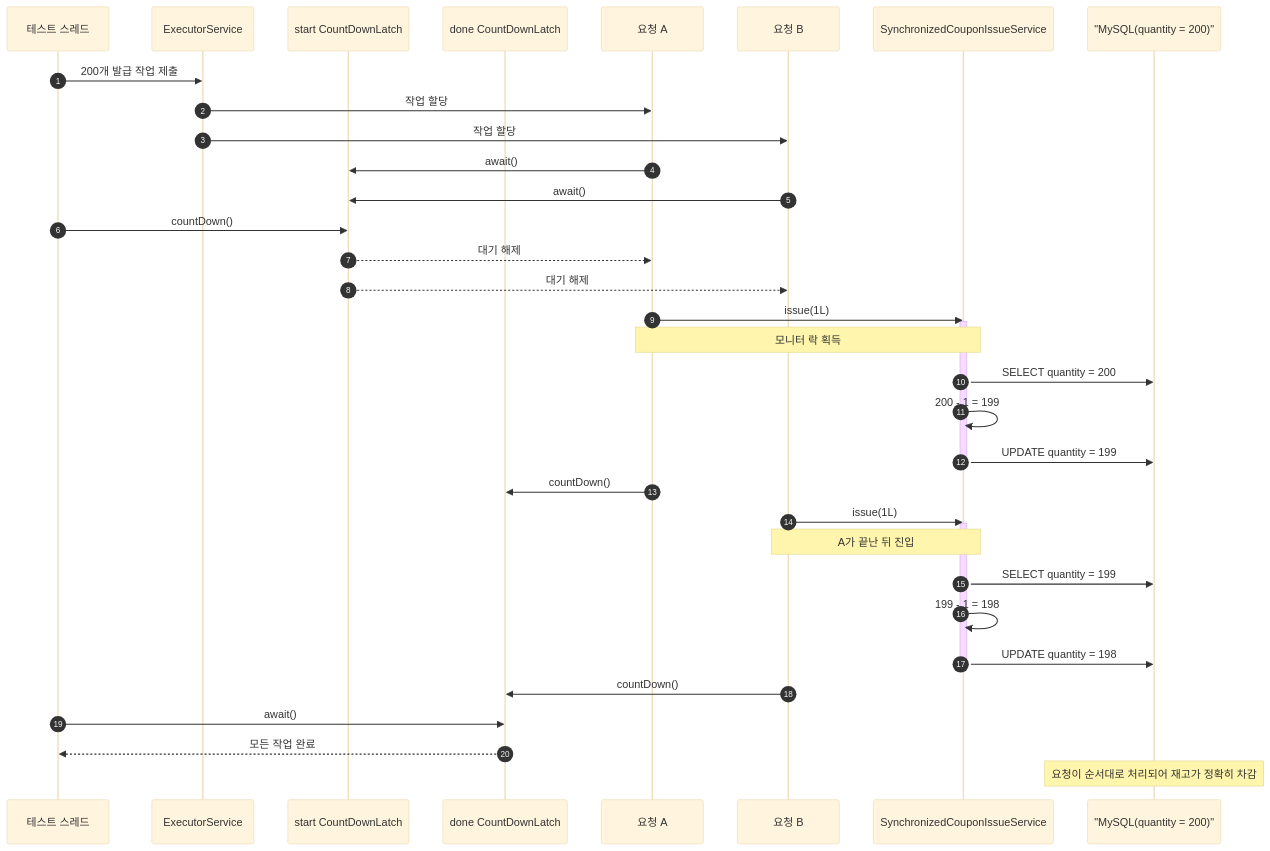
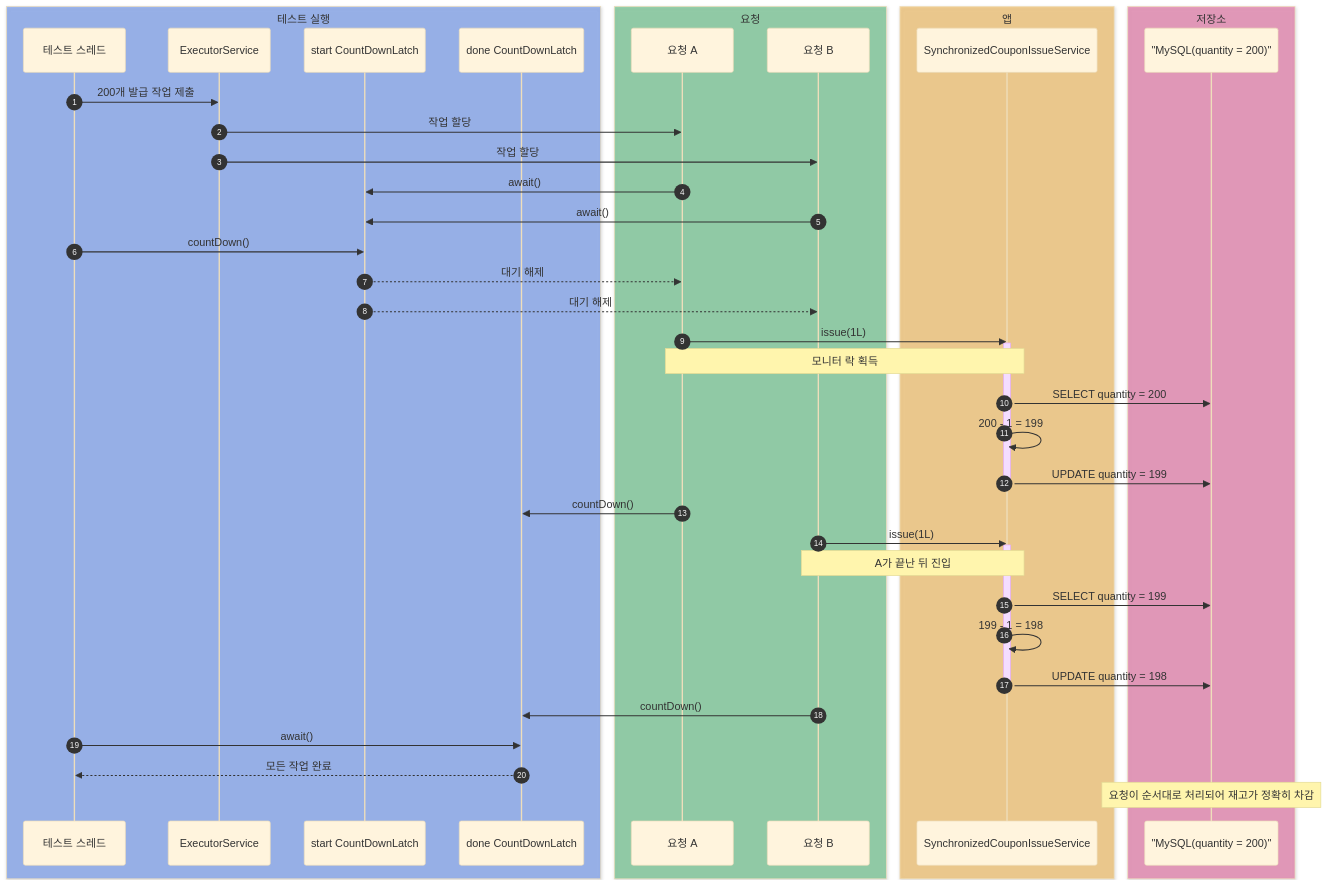
The second of 9 diagrams in labs/coupon-issue/README.md (HJC96/deep-dive), drawn with Mermaid (base theme) before and after one commit. The commit also changed other lines of this file and 6 other files, not shown here.

````diff
--- a/labs/coupon-issue/README.md
+++ b/labs/coupon-issue/README.md
@@ -149,44 +157,52 @@
 ```mermaid
 sequenceDiagram
     autonumber
+    box rgba(37, 99, 235, 0.40) 테스트 실행
     participant Test as 테스트 스레드
     participant Executor as ExecutorService
     participant StartLatch as start CountDownLatch
     participant DoneLatch as done CountDownLatch
+    end
+    box rgba(22, 163, 74, 0.40) 요청
     participant A as 요청 A
     participant B as 요청 B
+    end
+    box rgba(245, 158, 11, 0.40) 앱
     participant Service as SynchronizedCouponIssueService
+    end
+    box rgba(219, 39, 119, 0.40) 저장소
     participant DB as "MySQL(quantity = 200)"
+    end
 
     Test->>Executor: 200개 발급 작업 제출
     Executor->>A: 작업 할당
     Executor->>B: 작업 할당
     A->>StartLatch: await()
     B->>StartLatch: await()
 
     Test->>StartLatch: countDown()
     StartLatch-->>A: 대기 해제
     StartLatch-->>B: 대기 해제
 
     A->>Service: issue(1L)
     activate Service
     Note over A,Service: 모니터 락 획득
     Service->>DB: SELECT quantity = 200
     Service->>Service: 200 - 1 = 199
     Service->>DB: UPDATE quantity = 199
     deactivate Service
     A->>DoneLatch: countDown()
 
     B->>Service: issue(1L)
     activate Service
     Note over B,Service: A가 끝난 뒤 진입
     Service->>DB: SELECT quantity = 199
     Service->>Service: 199 - 1 = 198
     Service->>DB: UPDATE quantity = 198
     deactivate Service
     B->>DoneLatch: countDown()
     Test->>DoneLatch: await()
     DoneLatch-->>Test: 모든 작업 완료
 
     Note over DB: 요청이 순서대로 처리되어 재고가 정확히 차감
 ```
````
